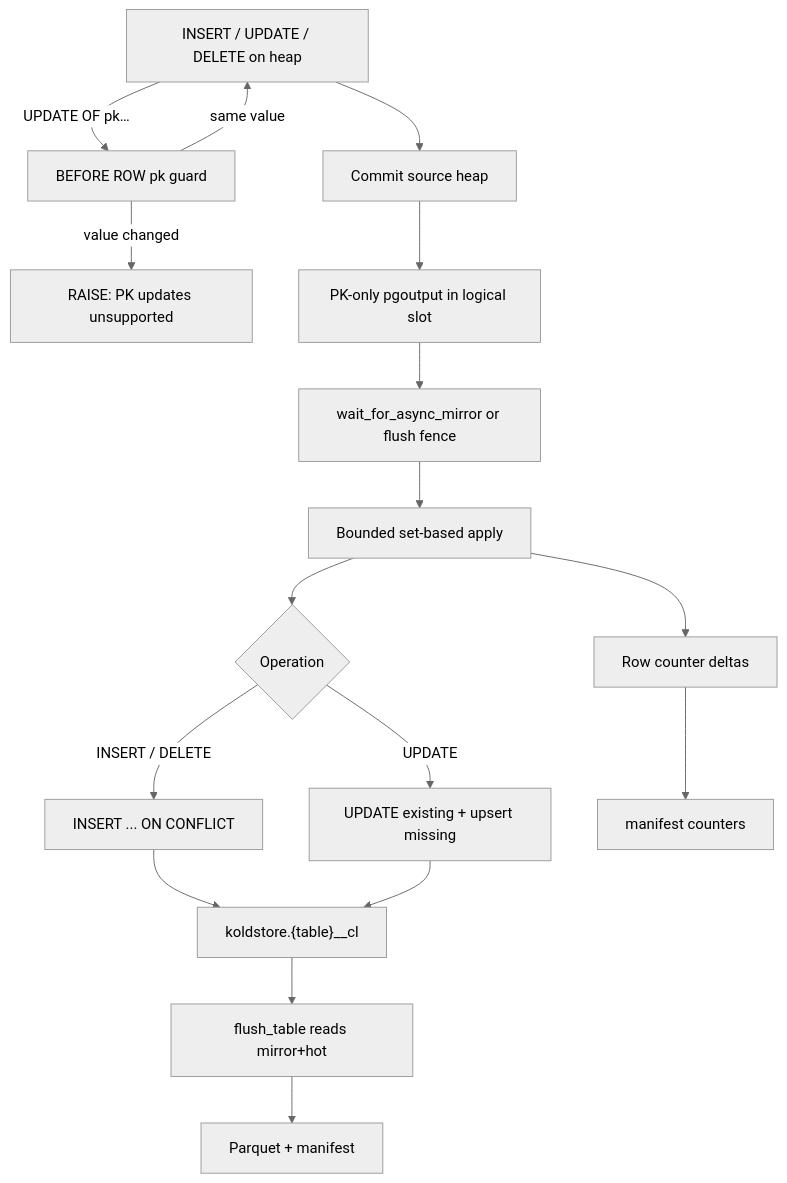
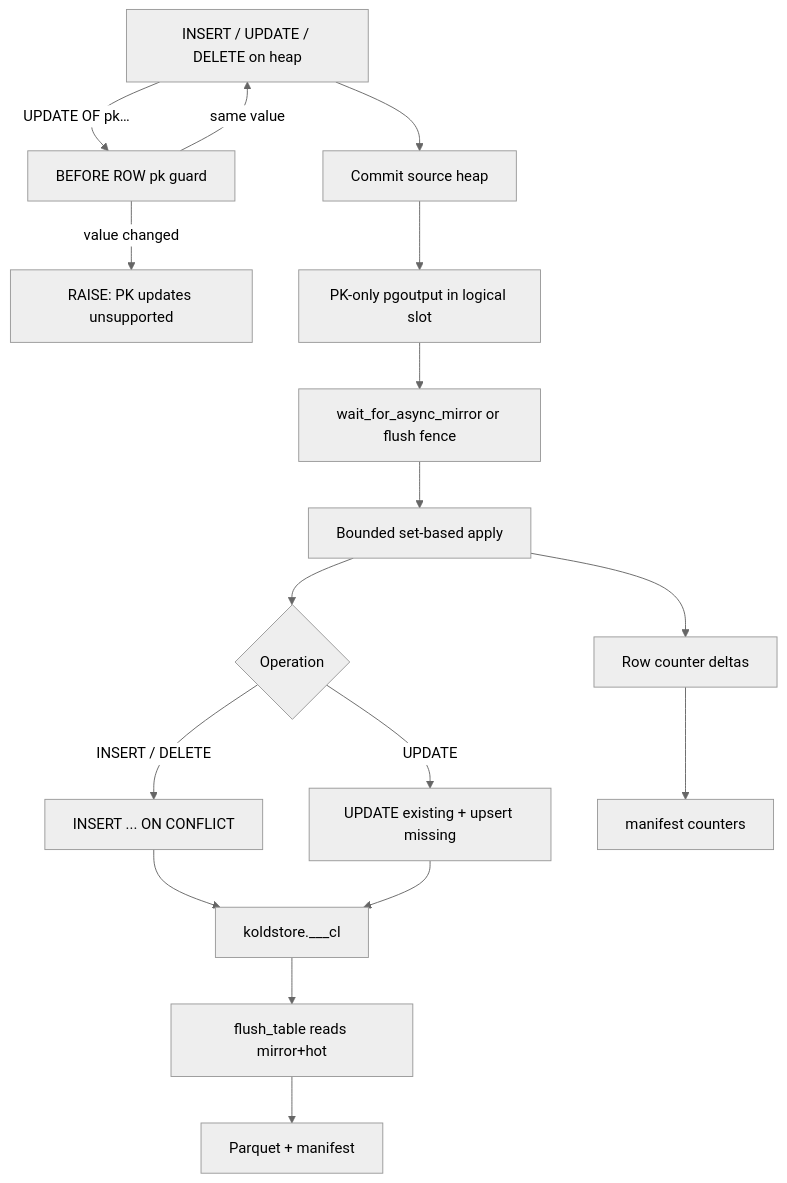
Before and after one commit to kalamdb/koldstore: the first of 2 diagrams in docs/architecture/dml-table.md, drawn with Mermaid (neutral theme). The commit also changed other lines of this file and 5 other files, not shown here.

````diff
--- a/docs/architecture/dml-table.md
+++ b/docs/architecture/dml-table.md
@@ -36,19 +35,19 @@
 ```mermaid
 flowchart TD
   DML["INSERT / UPDATE / DELETE on heap"] --> COMMIT["Commit source heap"]
   DML -->|"UPDATE OF pk…"| PKG["BEFORE ROW pk guard"]
   PKG -->|"value changed"| ERR["RAISE: PK updates unsupported"]
   PKG -->|"same value"| DML
   COMMIT --> WAL["PK-only pgoutput in logical slot"]
   WAL --> FENCE["wait_for_async_mirror or flush fence"]
   FENCE --> APPLY["Bounded set-based apply"]
   APPLY --> AKIND{"Operation"}
   AKIND -->|"INSERT / DELETE"| AUPSERT["INSERT ... ON CONFLICT"]
   AKIND -->|"UPDATE"| AUPDATE["UPDATE existing + upsert missing"]
-  AUPSERT --> MIR["koldstore.{table}__cl"]
+  AUPSERT --> MIR["koldstore.<schema>_<table>__cl"]
   AUPDATE --> MIR
   APPLY --> RC["Row counter deltas"]
   RC --> MAN["manifest counters"]
   MIR --> FLUSH["flush_table reads mirror+hot"]
   FLUSH --> PQ["Parquet + manifest"]
 ```
````
